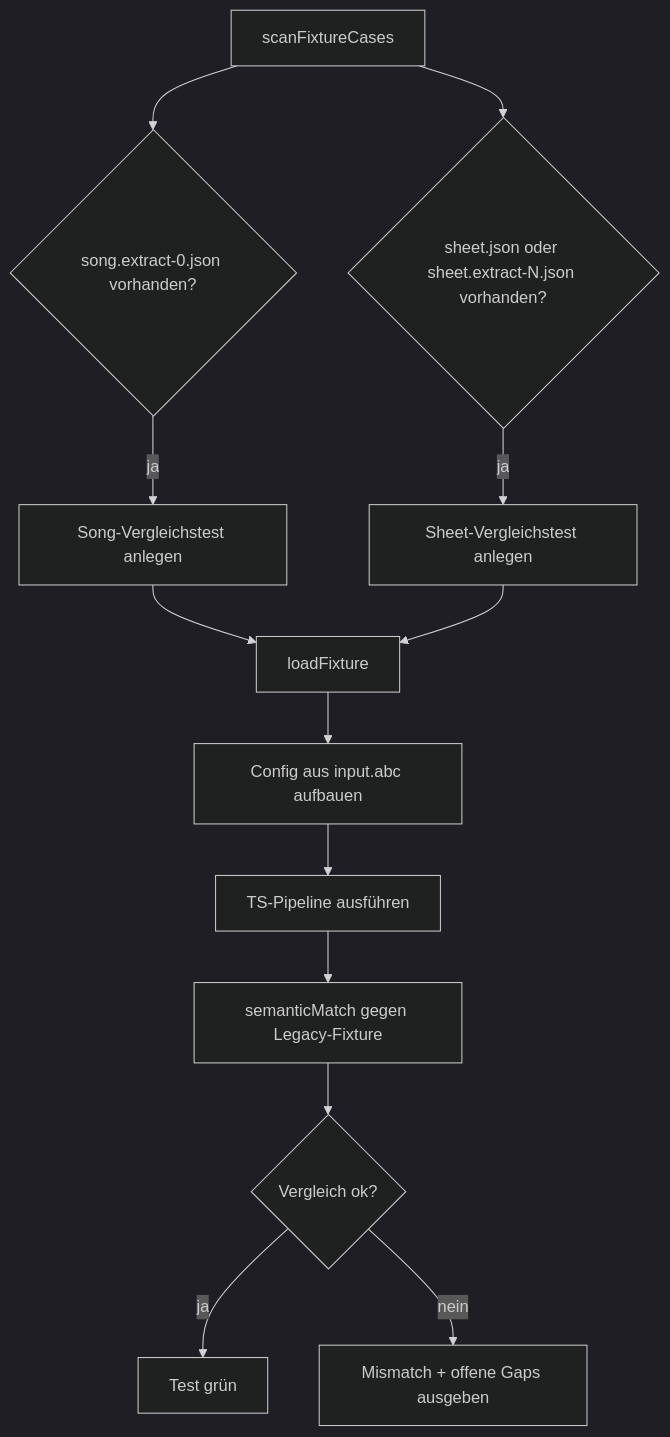
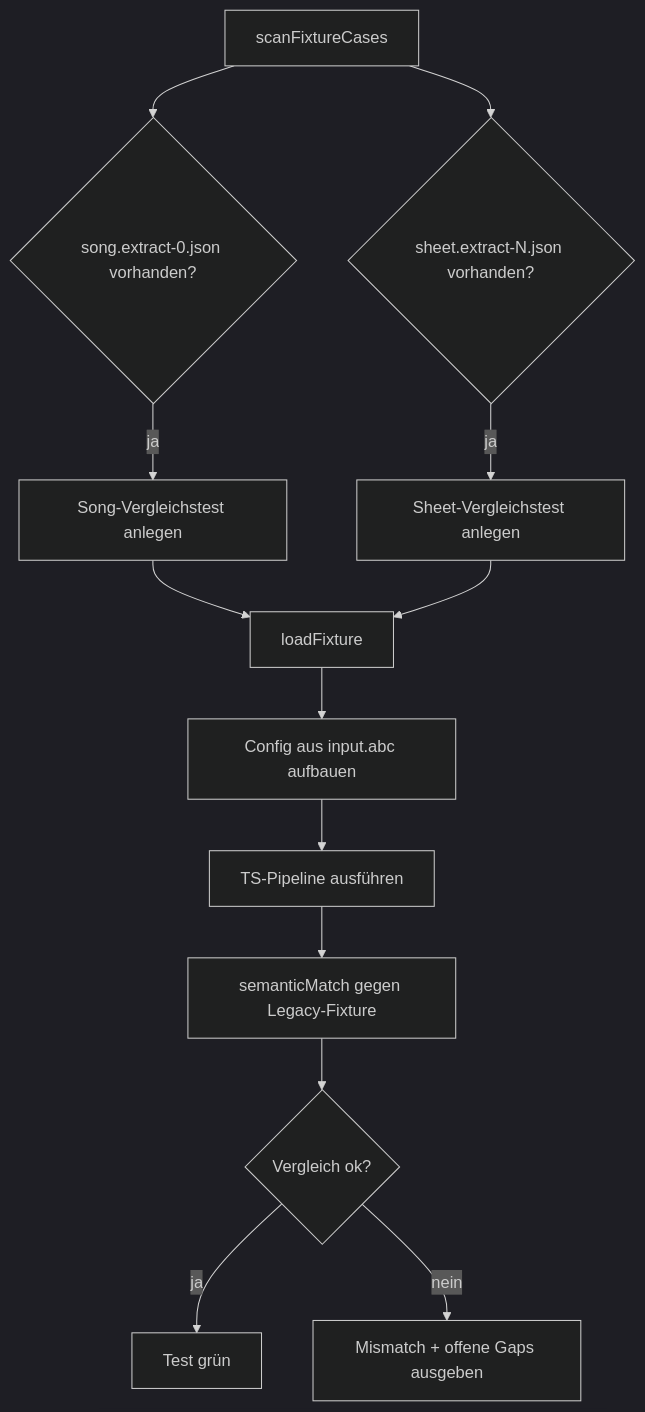
The first of 4 diagrams in docs/testing/fixture-driven-testing.md (bwl21/zupfnoter-ts), drawn with Mermaid (dark theme) before and after one commit. The commit also changed other lines of this file and 43 other files, not shown here.

````diff
--- a/docs/testing/fixture-driven-testing.md
+++ b/docs/testing/fixture-driven-testing.md
@@ -74,15 +73,15 @@
 ```mermaid
 flowchart TD
   A[scanFixtureCases] --> B{song.extract-0.json vorhanden?}
-  A --> C{sheet.json oder sheet.extract-N.json vorhanden?}
+  A --> C{sheet.extract-N.json vorhanden?}
   B -->|ja| D[Song-Vergleichstest anlegen]
   C -->|ja| E[Sheet-Vergleichstest anlegen]
   D --> F[loadFixture]
   E --> F
   F --> G[Config aus input.abc aufbauen]
   G --> H[TS-Pipeline ausführen]
   H --> I[semanticMatch gegen Legacy-Fixture]
   I --> J{Vergleich ok?}
   J -->|ja| K[Test grün]
   J -->|nein| L[Mismatch + offene Gaps ausgeben]
 ```
````
